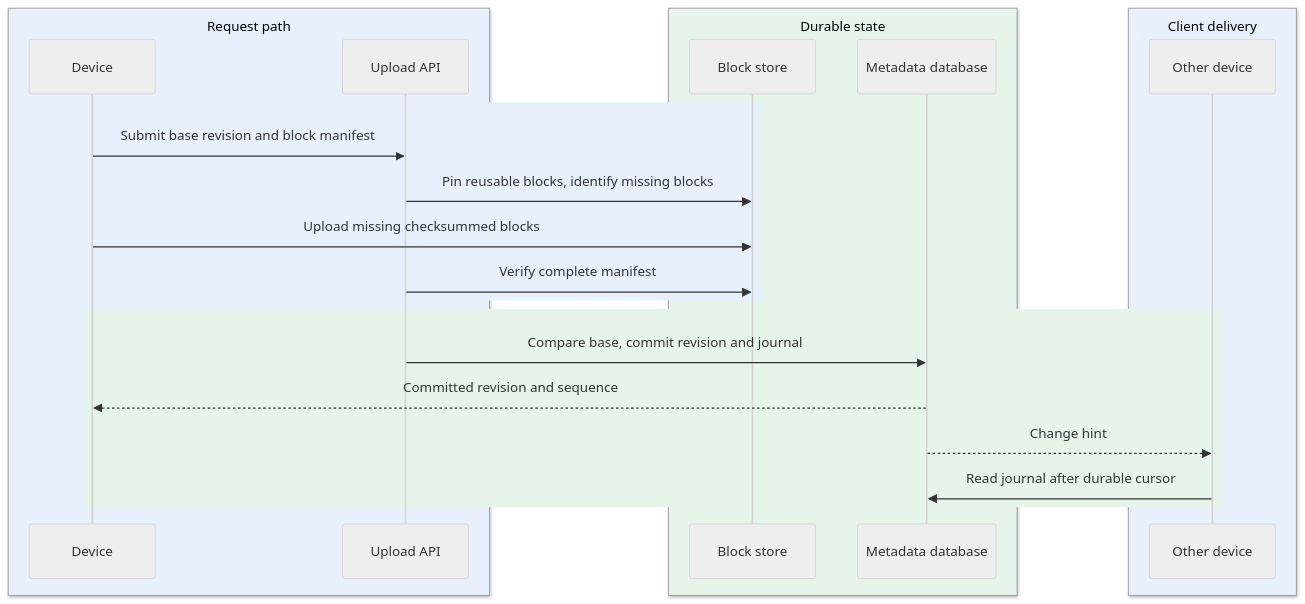
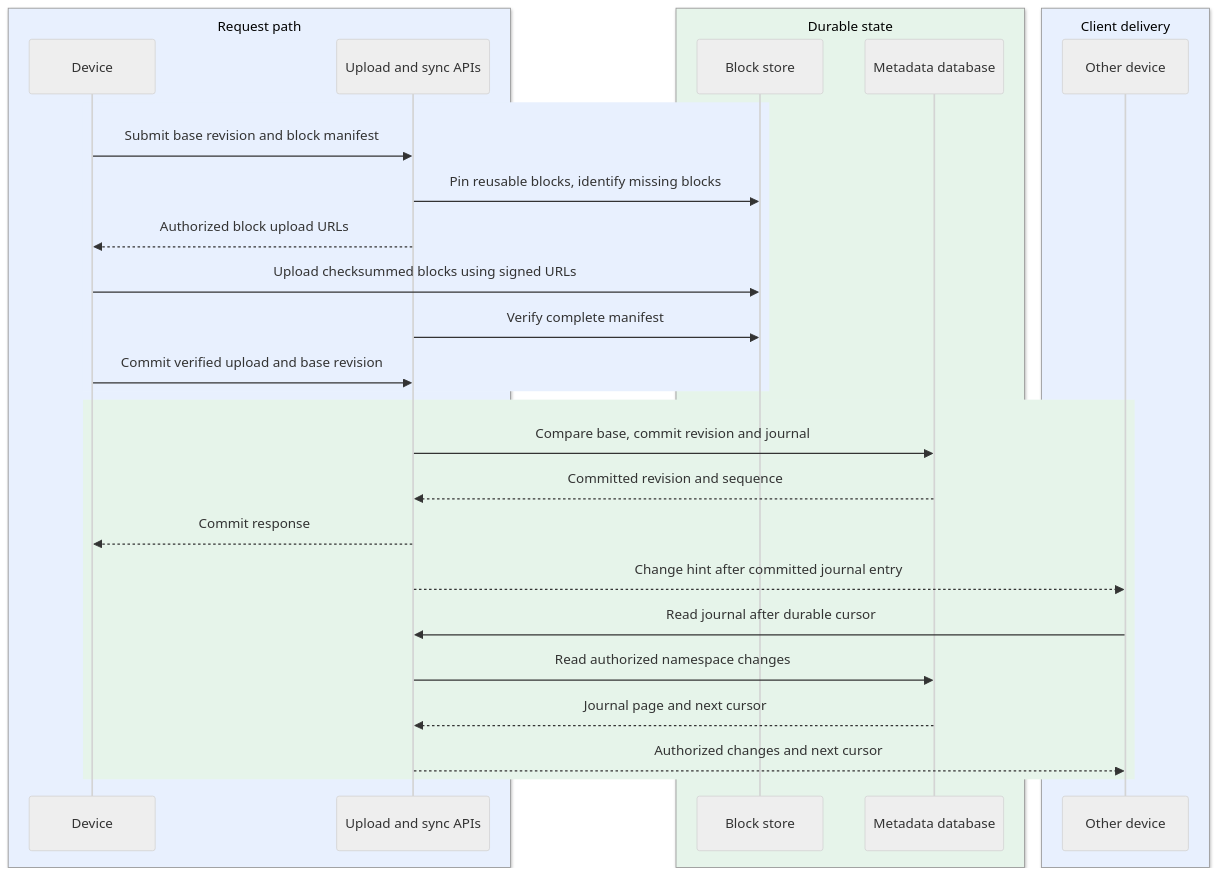
One commit to iliazlobin/iliazlobin.github.io changed the second of 3 diagrams in _designs/system-design-dropbox.md. Above: the diagram before and after it, drawn with Mermaid (neutral theme). The commit also changed other lines of this file and 7 other files, not shown here.

Commit message:
Keep simplified design sequences behind service boundaries

````diff
--- a/_designs/system-design-dropbox.md
+++ b/_designs/system-design-dropbox.md
@@ -177,26 +177,32 @@
 ```mermaid
 sequenceDiagram
   box rgb(232,240,254) Request path
     participant U as Device
-    participant A as Upload API
+    participant A as Upload and sync APIs
   end
   box rgb(230,244,234) Durable state
     participant D as Block store
     participant W as Metadata database
   end
   box rgb(232,240,254) Client delivery
     participant C as Other device
   end
   rect rgb(232,240,254)
     U->>A: Submit base revision and block manifest
     A->>D: Pin reusable blocks, identify missing blocks
-    U->>D: Upload missing checksummed blocks
+    A-->>U: Authorized block upload URLs
+    U->>D: Upload checksummed blocks using signed URLs
     A->>D: Verify complete manifest
+    U->>A: Commit verified upload and base revision
   end
   rect rgb(230,244,234)
     A->>W: Compare base, commit revision and journal
-    W-->>U: Committed revision and sequence
-    W-->>C: Change hint
-    C->>W: Read journal after durable cursor
+    W-->>A: Committed revision and sequence
+    A-->>U: Commit response
+    A-->>C: Change hint after committed journal entry
+    C->>A: Read journal after durable cursor
+    A->>W: Read authorized namespace changes
+    W-->>A: Journal page and next cursor
+    A-->>C: Authorized changes and next cursor
   end
 ```
````
